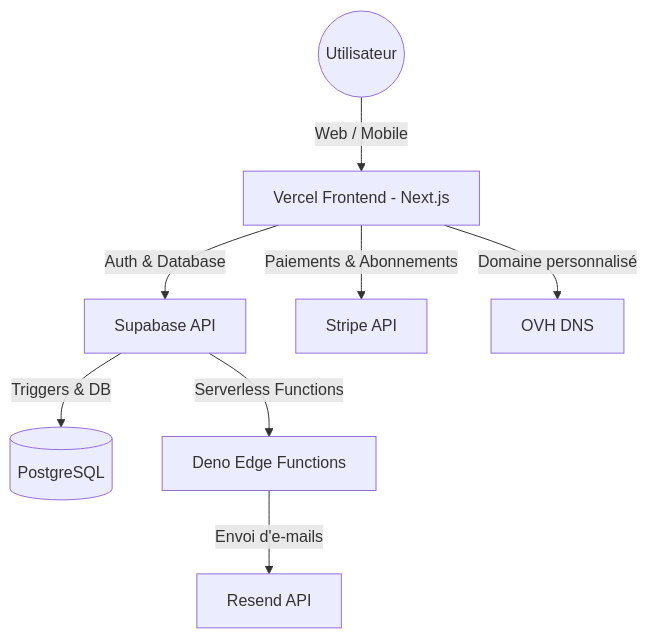
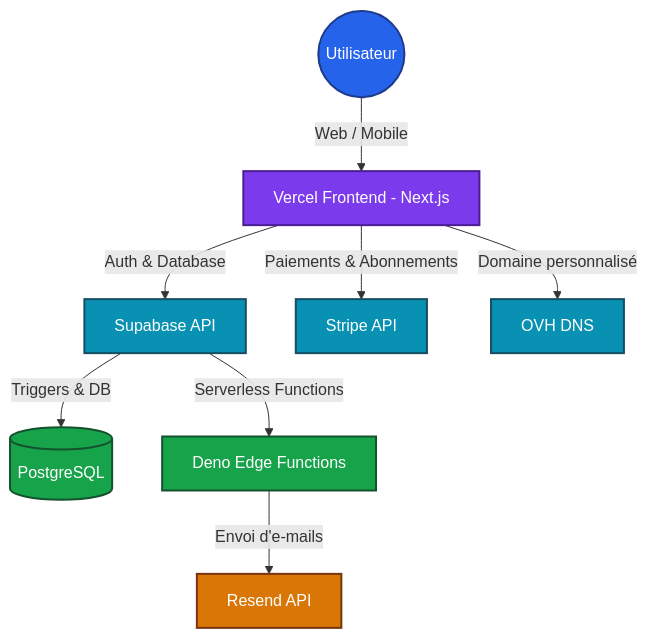
The diagram in README.md (Adam-Blf/eden-facturation), drawn with Mermaid before and after one commit.

Commit message:
docs: add colors to mermaid diagrams (#17)
Each node gets a palette class (by subgraph or by flow depth), subgraphs are tinted, non-flowchart diagrams use a colored base theme. Validated by rendering every diagram before and after.

````diff
--- a/README.md
+++ b/README.md
@@ -46,10 +46,21 @@
 ```mermaid
 graph TD;
   User((Utilisateur)) -->|Web / Mobile| Vercel[Vercel Frontend - Next.js]
   Vercel -->|Auth & Database| Supabase[Supabase API]
   Supabase -->|Triggers & DB| PostgreSQL[(PostgreSQL)]
   Supabase -->|Serverless Functions| Deno[Deno Edge Functions]
   Deno -->|Envoi d'e-mails| Resend[Resend API]
   Vercel -->|Paiements & Abonnements| Stripe[Stripe API]
   Vercel -->|Domaine personnalisé| OVH[OVH DNS]
+
+  classDef c0 fill:#2563eb,stroke:#1e3a8a,stroke-width:2px,color:#ffffff
+  classDef c1 fill:#7c3aed,stroke:#4c1d95,stroke-width:2px,color:#ffffff
+  classDef c2 fill:#0891b2,stroke:#164e63,stroke-width:2px,color:#ffffff
+  classDef c3 fill:#16a34a,stroke:#14532d,stroke-width:2px,color:#ffffff
+  classDef c4 fill:#d97706,stroke:#78350f,stroke-width:2px,color:#ffffff
+  class User c0
+  class Vercel c1
+  class Supabase,Stripe,OVH c2
+  class PostgreSQL,Deno c3
+  class Resend c4
 ```
````
